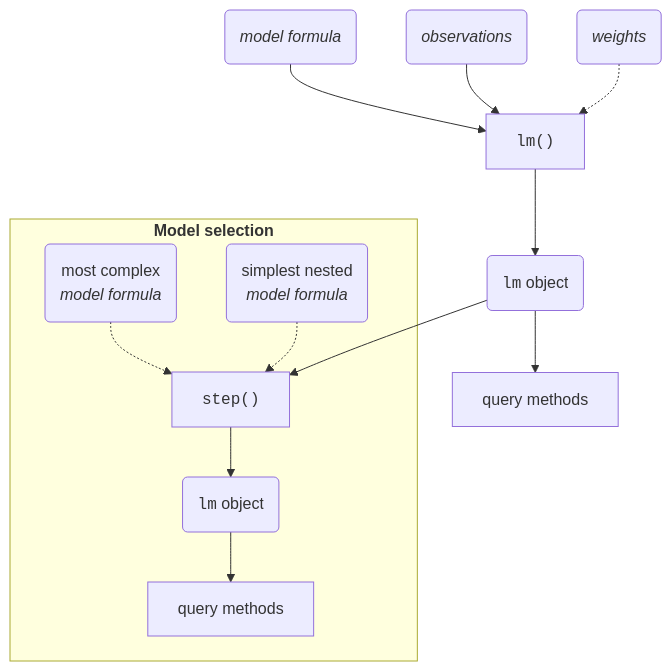
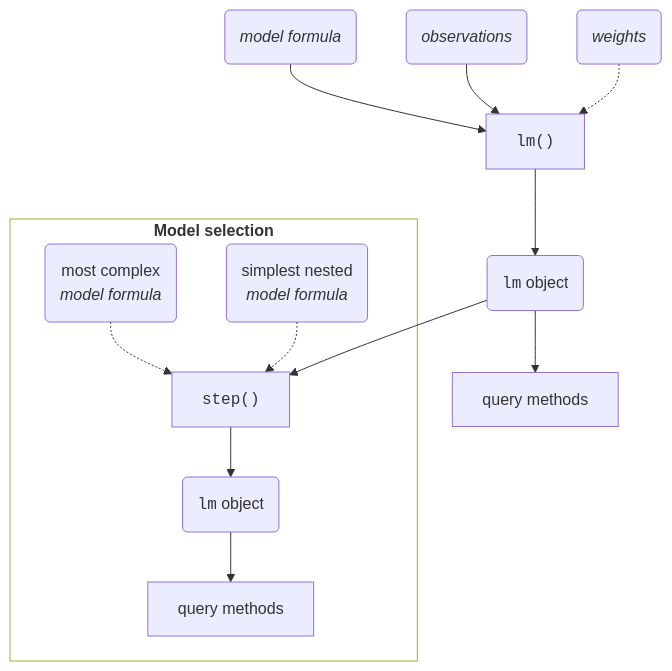
One commit to aphalo/r4p-blog changed the fifth of 5 diagrams in pages/R-model-fitting-intro.qmd. Above: the diagram before and after it, drawn with Mermaid. The commit also changed 1 other file, not shown here.

Commit message:
Fix and build with Quarto 1.4.x

````diff
--- a/pages/R-model-fitting-intro.qmd
+++ b/pages/R-model-fitting-intro.qmd
@@ -149,18 +149,19 @@
 ```{mermaid}
 %%| label: fig-lm-step
 %%| fig-cap: A diagram of linear-model (LM) fitting with stepwise model selection in R.
 %%{init: {"htmlLabels": true} }%%
 
 flowchart TB
   A1(<i>model formula</i>) --> B["<code>lm()</code>"] --> C(<code>lm</code> object)
   A2(<i>observations</i>) --> B
   A3(<i>weights</i>) -.-> B
   C --> CI[query methods]
   C --> C1["<code>step()</code>"]
-  subgraph "<strong>Model selection</strong>"
+  subgraph Z ["<strong>Model selection</strong>"]
   C1 --> C3(<code>lm</code>  object)
   z1(most complex\n<i>model formula</i>) -.-> C1
   z2(simplest nested\n<i>model formula</i>) -.-> C1
   C3 --> CF[query methods]
   end
+  style Z fill:#fff
 ```
````
